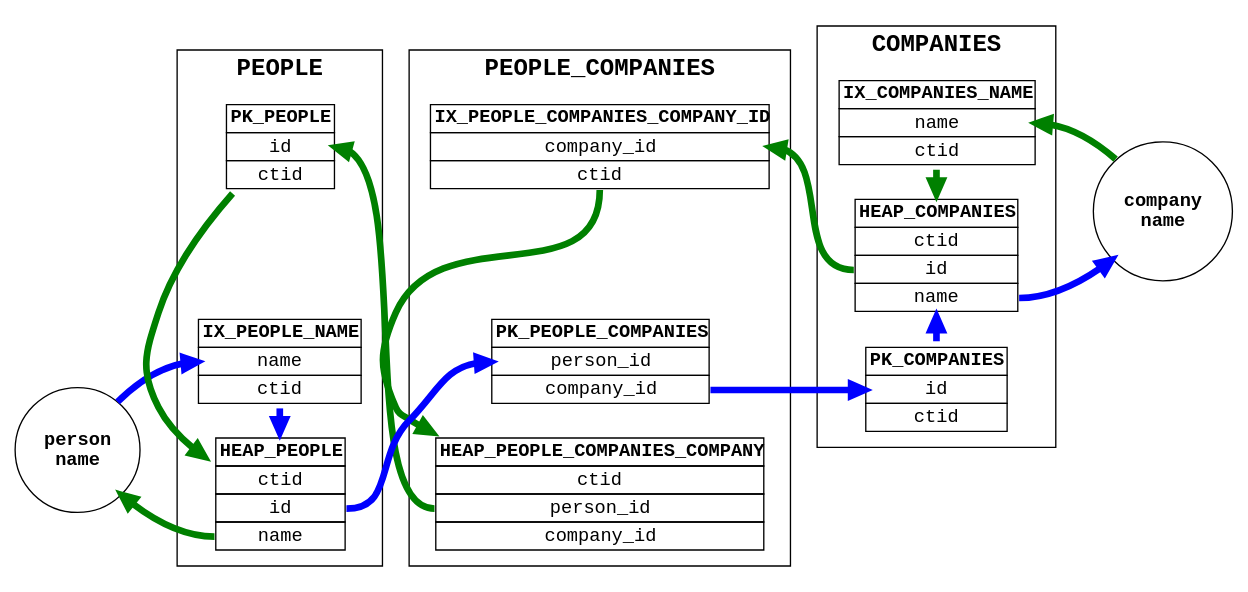
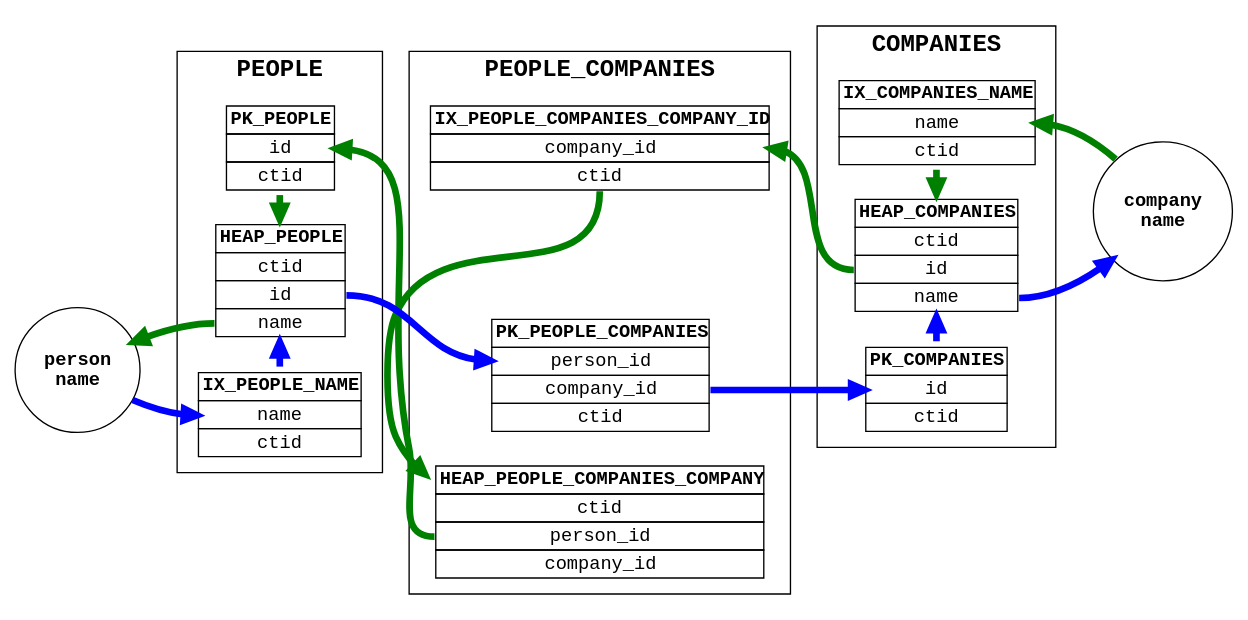
One commit to dangermike/associative_entity_redux changed the diagram in img/pg_nocover.dot. Above: the diagram before and after it, drawn with Graphviz. The commit also changed 6 other files, not shown here.

```diff
--- a/img/pg_nocover.dot
+++ b/img/pg_nocover.dot
@@ -1,100 +1,101 @@
 digraph {
     rankdir=LR
     node [fontname="courier"]
     graph [fontname="courier-bold" fontsize="18"]
     edge [weight=1000 penwidth="5"]
 
     {
         node [fontname="courier-bold" shape="circle"]
         start_p [label="person\nname"]
         start_c [label="company\nname"]
     }
 
     subgraph cluster_pc {
         label="PEOPLE_COMPANIES"
         pk_pc [shape="plaintext" label=<<TABLE BORDER="0" CELLBORDER="1" CELLSPACING="0">
             <TR><TD><B>PK_PEOPLE_COMPANIES</B></TD></TR>
             <TR><TD port="pid">person_id</TD></TR>
             <TR><TD port="cid">company_id</TD></TR>
+            <TR><TD port="ctid">ctid</TD></TR>
         </TABLE>>]
         ix_pc [shape="plaintext" label=<<TABLE BORDER="0" CELLBORDER="1" CELLSPACING="0">
             <TR><TD><B>IX_PEOPLE_COMPANIES_COMPANY_ID</B></TD></TR>
             <TR><TD port="cid">company_id</TD></TR>
             <TR><TD port="ctid">ctid</TD></TR>
         </TABLE>>]
         heap_pc [shape="plaintext" label=<<TABLE BORDER="0" CELLBORDER="1" CELLSPACING="0">
             <TR><TD port="t"><B>HEAP_PEOPLE_COMPANIES_COMPANY</B></TD></TR>
             <TR><TD port="ctid">ctid</TD></TR>
             <TR><TD port="pid">person_id</TD></TR>
             <TR><TD port="cid">company_id</TD></TR>
         </TABLE>>]
         { rank=same; pk_pc -> ix_pc [minlen="5" style="invis"] }
         { rank=same; heap_pc -> ix_pc:ctid [minlen="1" dir="back" color="green"] }
     }
 
     subgraph cluster_companies {
         label="COMPANIES"
         pk_companies [shape="plaintext" label=<<TABLE  BORDER="0" CELLBORDER="1" CELLSPACING="0">
             <TR><TD><B>PK_COMPANIES</B></TD></TR>
             <TR><TD port="cid">id</TD></TR>
             <TR><TD port="ctid">ctid</TD></TR>
         </TABLE>>]
         ix_companies [shape="plaintext" label=<<TABLE  BORDER="0" CELLBORDER="1" CELLSPACING="0">
             <TR><TD><B>IX_COMPANIES_NAME</B></TD></TR>
             <TR><TD port="name">name</TD></TR>
             <TR><TD port="ctid">ctid</TD></TR>
         </TABLE>>]
         heap_companies [shape="plaintext" label=<<TABLE  BORDER="0" CELLBORDER="1" CELLSPACING="0">
             <TR><TD><B>HEAP_COMPANIES</B></TD></TR>
             <TR><TD port="ctid">ctid</TD></TR>
             <TR><TD port="cid">id</TD></TR>
             <TR><TD port="name">name</TD></TR>
         </TABLE>>]
 
         { rank=same; pk_companies -> ix_companies [minlen="5" style="invis"] }
         { rank=same; pk_companies -> heap_companies [color="blue"] }
         { rank=same; ix_companies -> heap_companies [color="green" constraint="false"] }
     }
 
     subgraph cluster_people {
         label="PEOPLE"
         pk_people [shape="plaintext" label=<<TABLE  BORDER="0" CELLBORDER="1" CELLSPACING="0">
             <TR><TD><B>PK_PEOPLE</B></TD></TR>
             <TR><TD port="pid">id</TD></TR>
             <TR><TD port="ctid">ctid</TD></TR>
         </TABLE>>]
         ix_people [shape="plaintext" label=<<TABLE  BORDER="0" CELLBORDER="1" CELLSPACING="0">
             <TR><TD><B>IX_PEOPLE_NAME</B></TD></TR>
             <TR><TD port="name">name</TD></TR>
             <TR><TD port="ctid">ctid</TD></TR>
         </TABLE>>]
         heap_people [shape="plaintext" label=<<TABLE  BORDER="0" CELLBORDER="1" CELLSPACING="0">
             <TR><TD><B>HEAP_PEOPLE</B></TD></TR>
             <TR><TD port="ctid">ctid</TD></TR>
             <TR><TD port="pid">id</TD></TR>
             <TR><TD port="name">name</TD></TR>
         </TABLE>>]
         { rank=same; ix_people -> pk_people [minlen=5 style="invis"] }
         { rank=same; ix_people -> heap_people [minlen=1 color="blue"] }
         { rank=same; pk_people -> heap_people [minlen=1 color="green" constraint="false"] }
     }
 
     {
         edge [color="blue"]
         start_p -> ix_people:name
         ix_people -> pk_pc [style="invis"]
         heap_people:pid -> pk_pc:pid
         pk_pc:cid -> pk_companies:cid
         heap_companies:name -> start_c
     }
 
     {
         edge [dir="back" color="green"]
         ix_companies:name -> start_c
         ix_pc -> ix_companies [style="invis"]
         ix_pc:cid -> heap_companies:cid
         pk_people -> ix_pc  [style="invis"]
         pk_people:pid -> heap_pc:pid [constraint="false"]
         start_p -> heap_people:name
     }
 }
```
